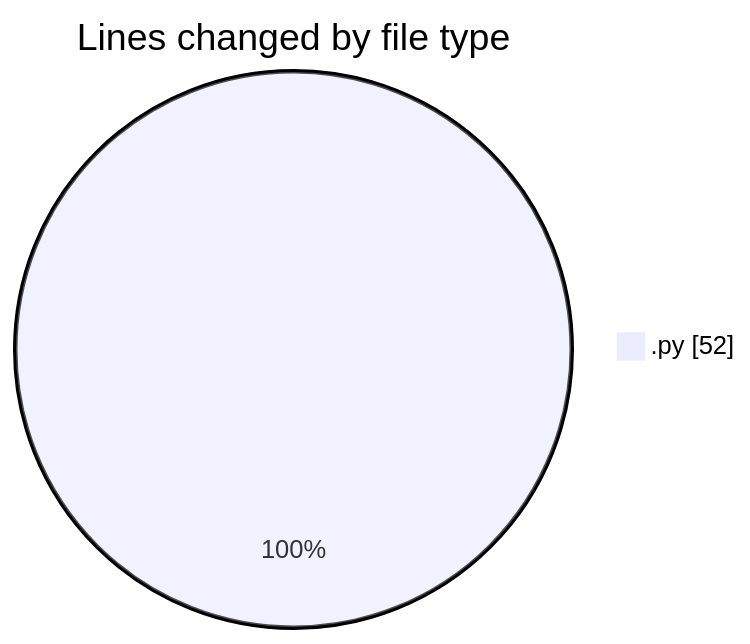
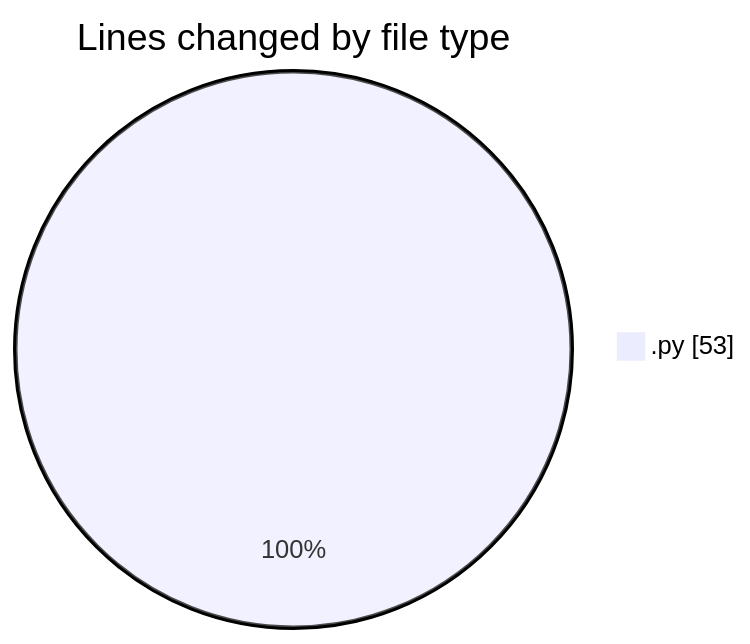
Before and after one commit to MatusMokan/code-tracking: the first of 2 diagrams in 2025-03-17/myws__workspace_/README.md, drawn with Mermaid. The commit also changed other lines of this file and 1 other file, not shown here.

````diff
--- a/2025-03-17/myws__workspace_/README.md
+++ b/2025-03-17/myws__workspace_/README.md
@@ -20,5 +20,5 @@
 ```mermaid
 pie showData
 title Lines changed by file type
-".py" : 52
+".py" : 53
 ```
````
